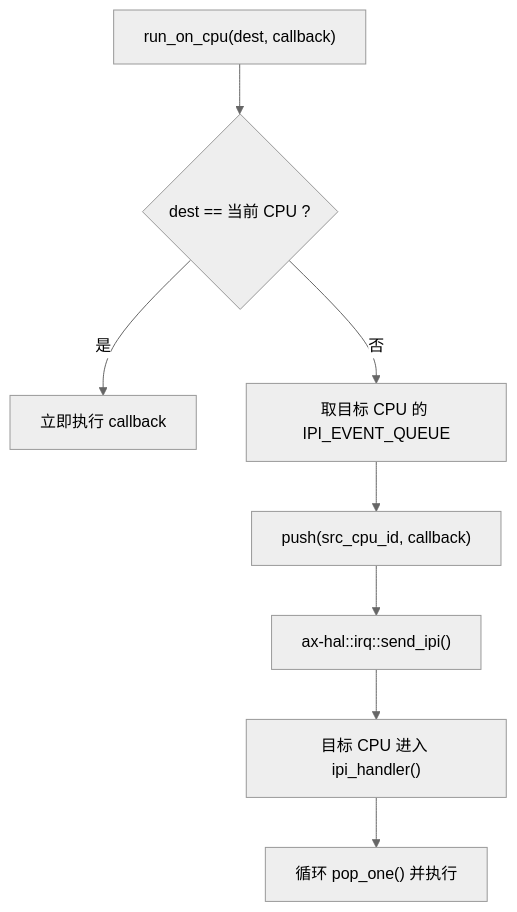
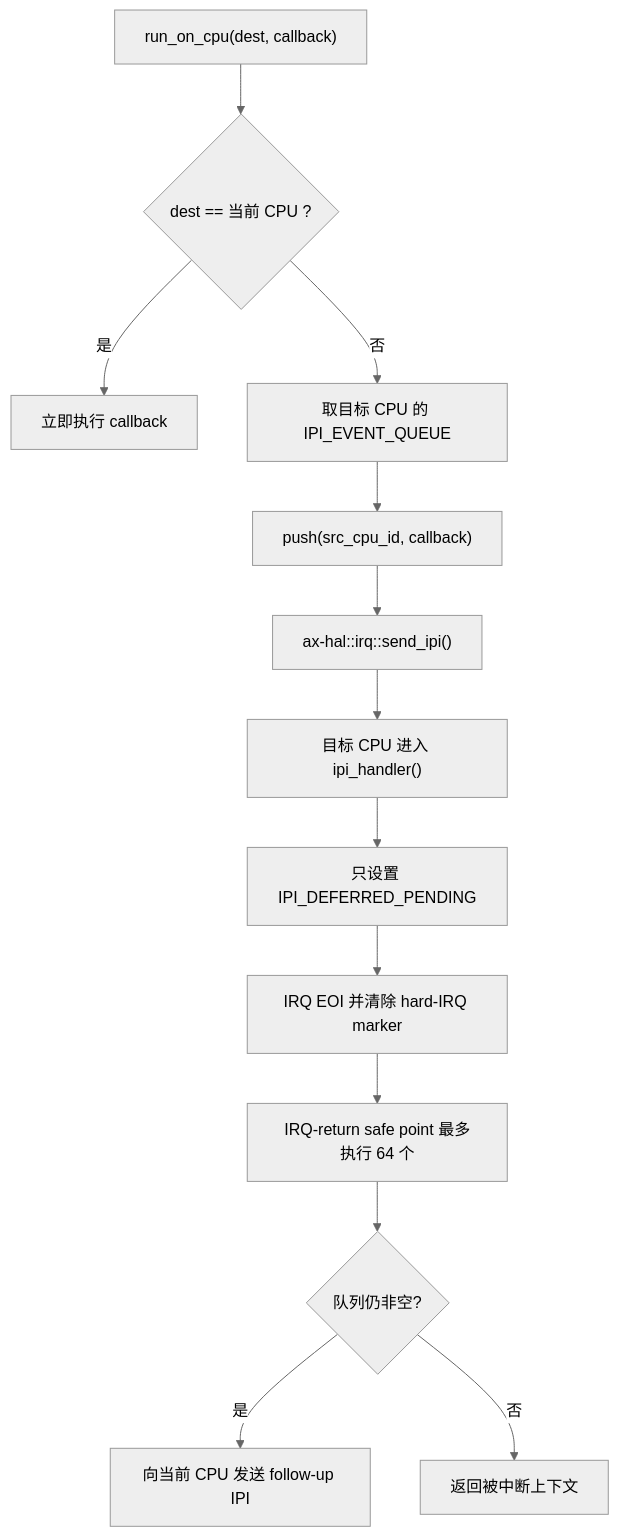
Before and after one commit to rcore-os/tgoskits: the first of 2 diagrams in docs/docs/components/crates/ax-ipi.md, drawn with Mermaid (neutral theme). The commit also changed other lines of this file and 439 other files, not shown here.

````diff
--- a/docs/docs/components/crates/ax-ipi.md
+++ b/docs/docs/components/crates/ax-ipi.md
@@ -37,10 +39,15 @@
 ```mermaid
 flowchart TD
     A["run_on_cpu(dest, callback)"] --> B{"dest == 当前 CPU ?"}
     B -- 是 --> C["立即执行 callback"]
     B -- 否 --> D["取目标 CPU 的 IPI_EVENT_QUEUE"]
     D --> E["push(src_cpu_id, callback)"]
     E --> F["ax-hal::irq::send_ipi()"]
     F --> G["目标 CPU 进入 ipi_handler()"]
-    G --> H["循环 pop_one() 并执行"]
+    G --> H["只设置 IPI_DEFERRED_PENDING"]
+    H --> I["IRQ EOI 并清除 hard-IRQ marker"]
+    I --> J["IRQ-return safe point 最多执行 64 个"]
+    J --> K{"队列仍非空?"}
+    K -- 是 --> L["向当前 CPU 发送 follow-up IPI"]
+    K -- 否 --> M["返回被中断上下文"]
 ```
````
